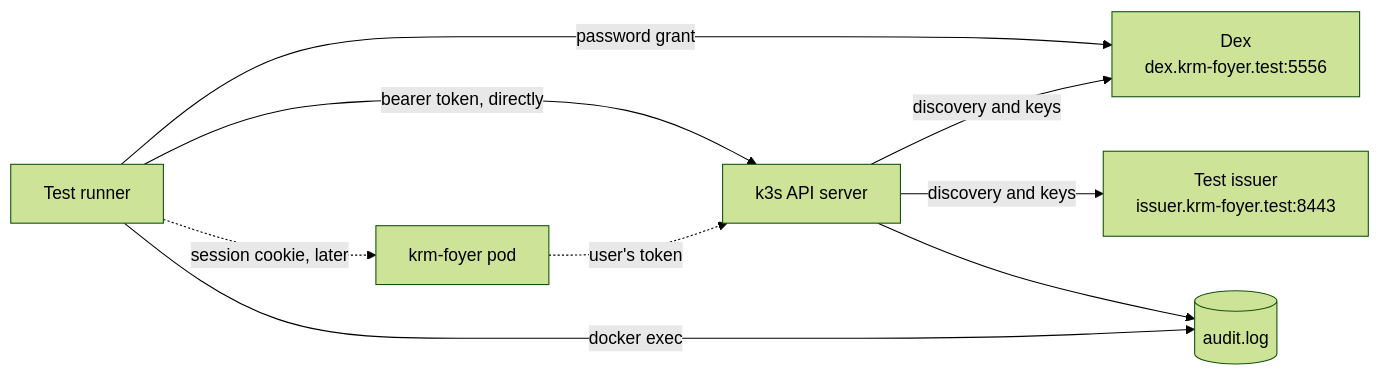
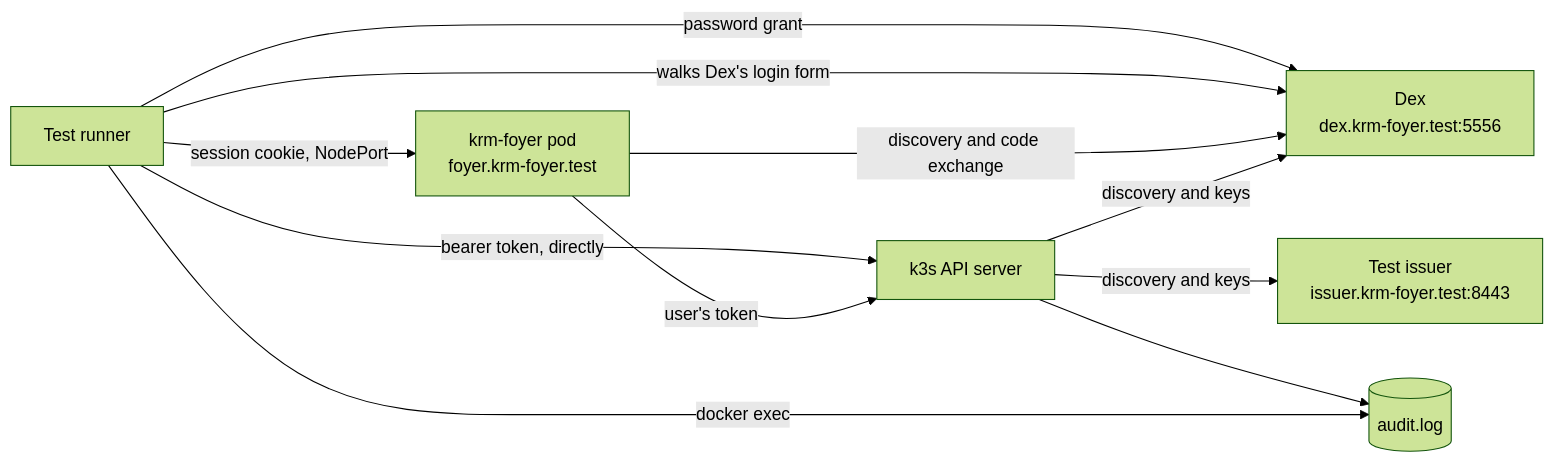
One commit to ConfigButler/krm-foyer changed the diagram in docs/testing.md. Above: the diagram before and after it, drawn with Mermaid (forest theme). The commit also changed other lines of this file and 9 other files, not shown here.

First line of the commit message:
test: deploy krm-foyer into the e2e fixture and prove it invents no authentication

````diff
--- a/docs/testing.md
+++ b/docs/testing.md
@@ -127,11 +135,13 @@
 ```mermaid
 flowchart LR
     T[Test runner] -->|password grant| D[Dex<br/>dex.krm-foyer.test:5556]
     T -->|bearer token, directly| K[k3s API server]
-    T -.->|session cookie, later| F[krm-foyer pod]
-    F -.->|user's token| K
+    T -->|walks Dex's login form| D
+    T -->|session cookie, NodePort| F[krm-foyer pod<br/>foyer.krm-foyer.test]
+    F -->|user's token| K
+    F -->|discovery and code exchange| D
     K -->|discovery and keys| D
     K -->|discovery and keys| I[Test issuer<br/>issuer.krm-foyer.test:8443]
     K --> A[(audit.log)]
     T -->|docker exec| A
 ```
````
